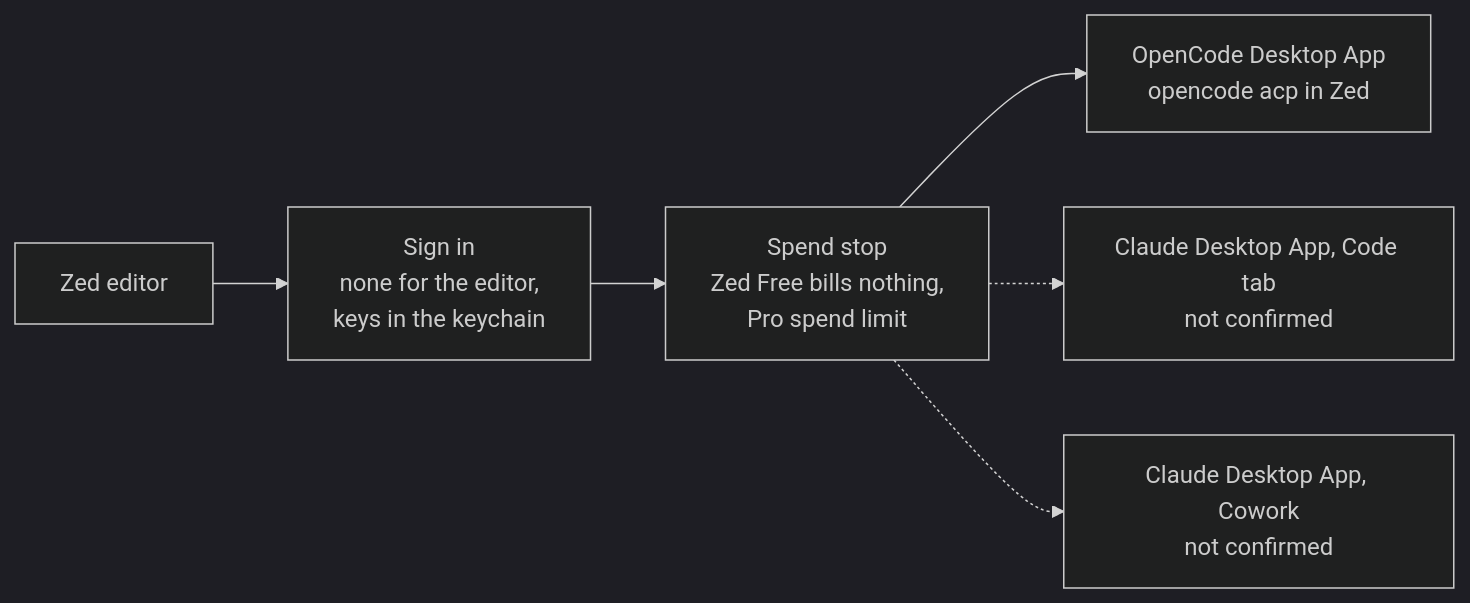
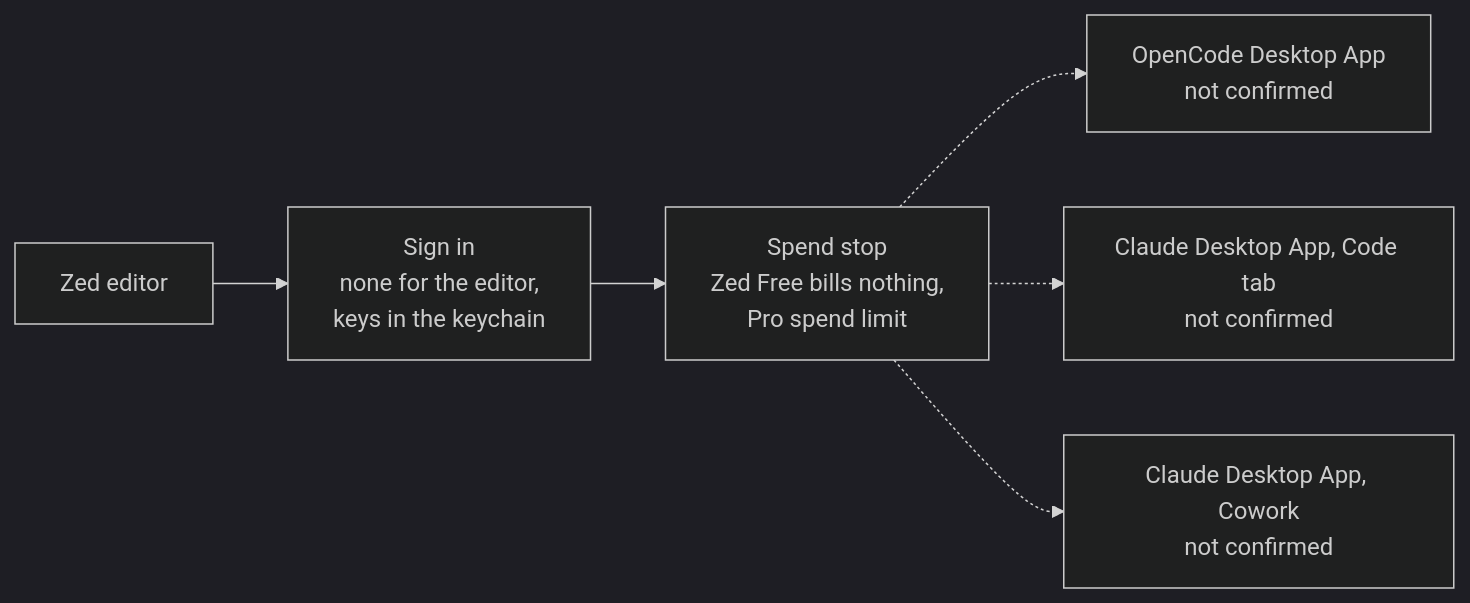
Before and after one commit to SoulCraft-Org/compute-crafter: the diagram in guides/zed.md, drawn with Mermaid (dark theme). The commit also changed other lines of this file and 13 other files, not shown here.

````diff
--- a/guides/zed.md
+++ b/guides/zed.md
@@ -5,7 +5,7 @@
 ```mermaid
 flowchart LR
   P[Zed editor] --> S[Sign in<br/>none for the editor,<br/>keys in the keychain] --> G[Spend stop<br/>Zed Free bills nothing,<br/>Pro spend limit]
-  G --> O[OpenCode Desktop App<br/>opencode acp in Zed]
+  G -.-> O[OpenCode Desktop App<br/>not confirmed]
   G -.-> C[Claude Desktop App, Code tab<br/>not confirmed]
   G -.-> W[Claude Desktop App, Cowork<br/>not confirmed]
 ```
````
